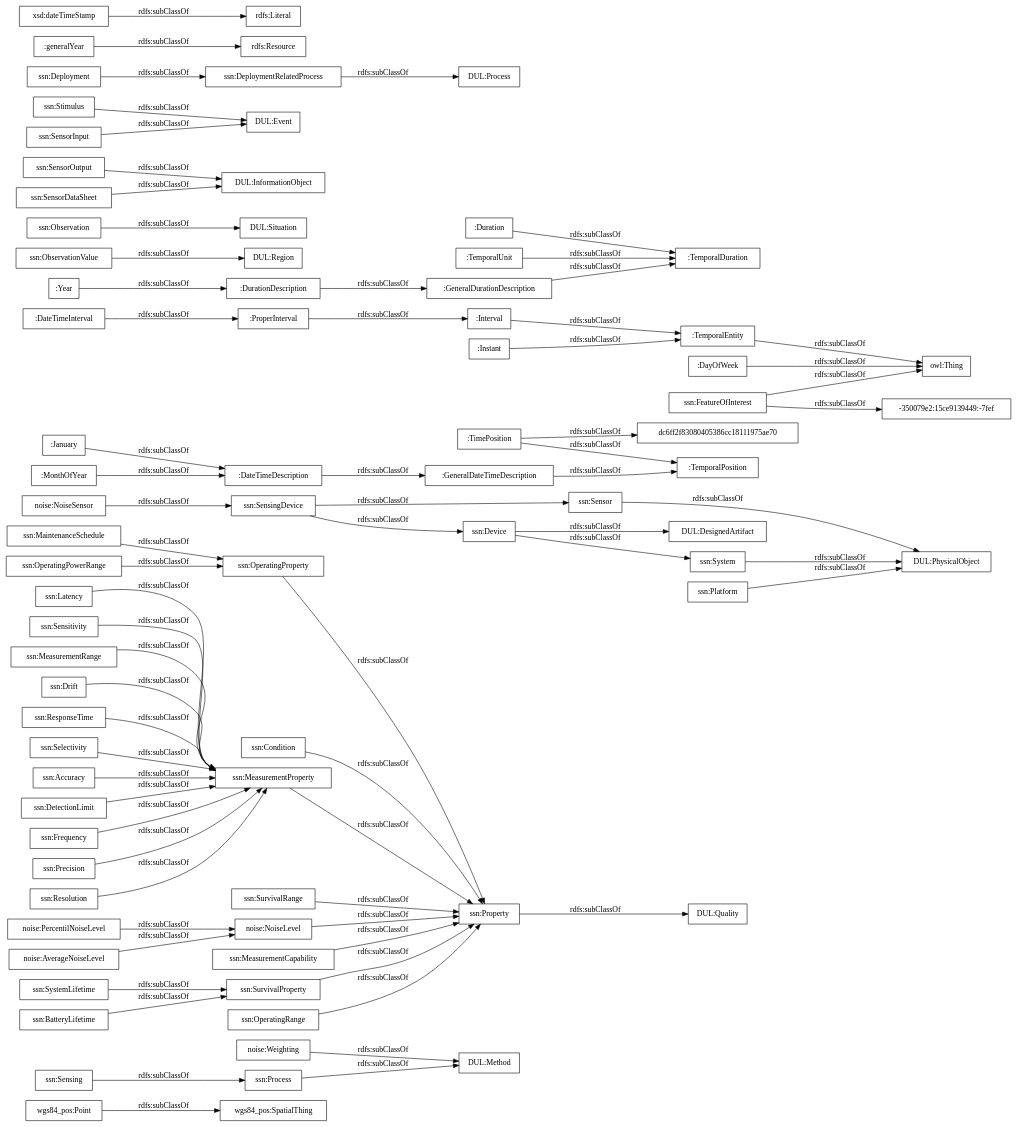
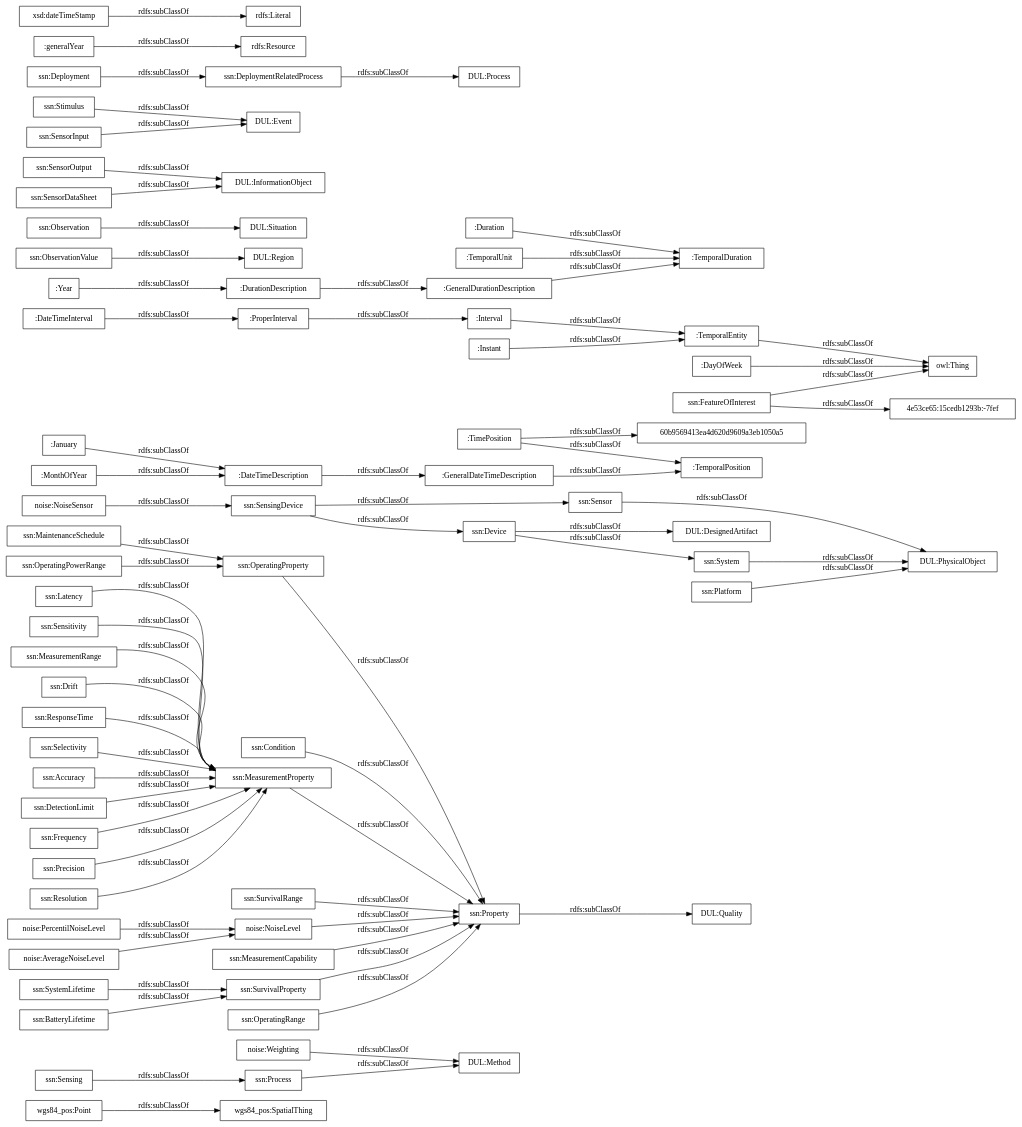
One commit to paoespinozarias/ContaminacionAcustica-Ontology changed the diagram in OnToology/contaminacion-acustica.owl/diagrams/ar2dtool-taxonomy/contaminacion-acustica.owl.png.dot. Above: the diagram before and after it, drawn with Graphviz. The commit also changed 4 other files, not shown here.

```diff
--- a/OnToology/contaminacion-acustica.owl/diagrams/ar2dtool-taxonomy/contaminacion-acustica.owl.png.dot
+++ b/OnToology/contaminacion-acustica.owl/diagrams/ar2dtool-taxonomy/contaminacion-acustica.owl.png.dot
@@ -1,73 +1,73 @@
 digraph ar2dtool_diagram { 
 rankdir=LR;
 size="1000"
-node [shape = rectangle, color="black"]; "wgs84_pos:SpatialThing" "wgs84_pos:Point" "noise:Weighting" "noise:PercentilNoiseLevel" "noise:NoiseSensor" "noise:NoiseLevel" "noise:AverageNoiseLevel" ":GeneralDateTimeDescription" ":DateTimeInterval" ":DurationDescription" ":TemporalDuration" ":Duration" ":GeneralDurationDescription" ":January" ":ProperInterval" ":TimePosition" ":TemporalPosition" ":Interval" "dc6ff2f83080405386cc18111975ae70" ":TemporalEntity" ":Year" ":MonthOfYear" ":DateTimeDescription" ":TemporalUnit" ":Instant" ":DayOfWeek" "ssn:Accuracy" "ssn:DetectionLimit" "ssn:Frequency" "ssn:Condition" "DUL:Region" "DUL:Situation" "DUL:PhysicalObject" "ssn:SensorOutput" "ssn:Precision" "ssn:Resolution" "DUL:Quality" "ssn:FeatureOfInterest" "ssn:Sensor" "DUL:InformationObject" "ssn:OperatingProperty" "DUL:Event" "ssn:OperatingPowerRange" "DUL:Method" "ssn:MaintenanceSchedule" "ssn:Sensing" "ssn:Latency" "ssn:SurvivalRange" "ssn:SensingDevice" "DUL:DesignedArtifact" "ssn:Sensitivity" "ssn:Stimulus" "DUL:Process" "ssn:MeasurementRange" "ssn:System" "ssn:SystemLifetime" "ssn:Property" "ssn:MeasurementProperty" "ssn:Process" "ssn:Deployment" "ssn:MeasurementCapability" "ssn:BatteryLifetime" "ssn:Drift" "ssn:DeploymentRelatedProcess" "ssn:SensorInput" "ssn:ResponseTime" "ssn:ObservationValue" "ssn:SensorDataSheet" "ssn:Observation" "ssn:Selectivity" "ssn:SurvivalProperty" "ssn:Device" "ssn:OperatingRange" "-350079e2:15ce9139449:-7fef" "ssn:Platform" ; /*classes style*/
+node [shape = rectangle, color="black"]; "wgs84_pos:SpatialThing" "wgs84_pos:Point" "noise:Weighting" "noise:PercentilNoiseLevel" "noise:NoiseSensor" "noise:NoiseLevel" "noise:AverageNoiseLevel" ":GeneralDateTimeDescription" ":DateTimeInterval" ":DurationDescription" ":TemporalDuration" ":Duration" ":GeneralDurationDescription" ":January" ":ProperInterval" "60b9569413ea4d620d9609a3eb1050a5" ":TimePosition" ":TemporalPosition" ":Interval" ":TemporalEntity" ":Year" ":MonthOfYear" ":DateTimeDescription" ":TemporalUnit" ":Instant" ":DayOfWeek" "ssn:Accuracy" "ssn:DetectionLimit" "ssn:Frequency" "ssn:Condition" "DUL:Region" "DUL:Situation" "DUL:PhysicalObject" "ssn:SensorOutput" "ssn:Precision" "ssn:Resolution" "DUL:Quality" "ssn:FeatureOfInterest" "ssn:Sensor" "DUL:InformationObject" "ssn:OperatingProperty" "DUL:Event" "ssn:OperatingPowerRange" "DUL:Method" "ssn:MaintenanceSchedule" "ssn:Sensing" "ssn:Latency" "ssn:SurvivalRange" "ssn:SensingDevice" "DUL:DesignedArtifact" "ssn:Sensitivity" "ssn:Stimulus" "DUL:Process" "ssn:MeasurementRange" "ssn:System" "ssn:SystemLifetime" "ssn:Property" "ssn:MeasurementProperty" "ssn:Process" "ssn:Deployment" "ssn:MeasurementCapability" "ssn:BatteryLifetime" "ssn:Drift" "ssn:DeploymentRelatedProcess" "ssn:SensorInput" "ssn:ResponseTime" "ssn:ObservationValue" "ssn:SensorDataSheet" "ssn:Observation" "ssn:Selectivity" "ssn:SurvivalProperty" "ssn:Device" "ssn:OperatingRange" "4e53ce65:15cedb1293b:-7fef" "ssn:Platform" ; /*classes style*/
 	":DateTimeDescription" -> ":GeneralDateTimeDescription" [ label = "rdfs:subClassOf" ];
 	"noise:AverageNoiseLevel" -> "noise:NoiseLevel" [ label = "rdfs:subClassOf" ];
 	"ssn:Deployment" -> "ssn:DeploymentRelatedProcess" [ label = "rdfs:subClassOf" ];
 	"ssn:SensingDevice" -> "ssn:Sensor" [ label = "rdfs:subClassOf" ];
 	"ssn:SensingDevice" -> "ssn:Device" [ label = "rdfs:subClassOf" ];
 	"ssn:DeploymentRelatedProcess" -> "DUL:Process" [ label = "rdfs:subClassOf" ];
 	"ssn:Accuracy" -> "ssn:MeasurementProperty" [ label = "rdfs:subClassOf" ];
 	":Instant" -> ":TemporalEntity" [ label = "rdfs:subClassOf" ];
 	"ssn:FeatureOfInterest" -> "owl:Thing" [ label = "rdfs:subClassOf" ];
-	"ssn:FeatureOfInterest" -> "-350079e2:15ce9139449:-7fef" [ label = "rdfs:subClassOf" ];
+	"ssn:FeatureOfInterest" -> "4e53ce65:15cedb1293b:-7fef" [ label = "rdfs:subClassOf" ];
 	"ssn:Latency" -> "ssn:MeasurementProperty" [ label = "rdfs:subClassOf" ];
 	"ssn:Process" -> "DUL:Method" [ label = "rdfs:subClassOf" ];
 	"noise:Weighting" -> "DUL:Method" [ label = "rdfs:subClassOf" ];
 	":ProperInterval" -> ":Interval" [ label = "rdfs:subClassOf" ];
 	"ssn:Property" -> "DUL:Quality" [ label = "rdfs:subClassOf" ];
 	"ssn:MeasurementProperty" -> "ssn:Property" [ label = "rdfs:subClassOf" ];
 	"wgs84_pos:Point" -> "wgs84_pos:SpatialThing" [ label = "rdfs:subClassOf" ];
 	":MonthOfYear" -> ":DateTimeDescription" [ label = "rdfs:subClassOf" ];
 	"ssn:ResponseTime" -> "ssn:MeasurementProperty" [ label = "rdfs:subClassOf" ];
 	"ssn:OperatingRange" -> "ssn:Property" [ label = "rdfs:subClassOf" ];
 	"noise:NoiseLevel" -> "ssn:Property" [ label = "rdfs:subClassOf" ];
 	"ssn:MeasurementRange" -> "ssn:MeasurementProperty" [ label = "rdfs:subClassOf" ];
 	"ssn:Stimulus" -> "DUL:Event" [ label = "rdfs:subClassOf" ];
 	":Duration" -> ":TemporalDuration" [ label = "rdfs:subClassOf" ];
 	"ssn:SurvivalProperty" -> "ssn:Property" [ label = "rdfs:subClassOf" ];
 	"ssn:MaintenanceSchedule" -> "ssn:OperatingProperty" [ label = "rdfs:subClassOf" ];
 	"ssn:SensorInput" -> "DUL:Event" [ label = "rdfs:subClassOf" ];
-	":TimePosition" -> "dc6ff2f83080405386cc18111975ae70" [ label = "rdfs:subClassOf" ];
+	":TimePosition" -> "60b9569413ea4d620d9609a3eb1050a5" [ label = "rdfs:subClassOf" ];
 	":TimePosition" -> ":TemporalPosition" [ label = "rdfs:subClassOf" ];
 	":TemporalEntity" -> "owl:Thing" [ label = "rdfs:subClassOf" ];
 	"ssn:Sensitivity" -> "ssn:MeasurementProperty" [ label = "rdfs:subClassOf" ];
 	"ssn:Drift" -> "ssn:MeasurementProperty" [ label = "rdfs:subClassOf" ];
 	"ssn:System" -> "DUL:PhysicalObject" [ label = "rdfs:subClassOf" ];
 	":GeneralDurationDescription" -> ":TemporalDuration" [ label = "rdfs:subClassOf" ];
 	"ssn:Resolution" -> "ssn:MeasurementProperty" [ label = "rdfs:subClassOf" ];
 	"ssn:Precision" -> "ssn:MeasurementProperty" [ label = "rdfs:subClassOf" ];
 	"noise:PercentilNoiseLevel" -> "noise:NoiseLevel" [ label = "rdfs:subClassOf" ];
 	"ssn:DetectionLimit" -> "ssn:MeasurementProperty" [ label = "rdfs:subClassOf" ];
 	":DateTimeInterval" -> ":ProperInterval" [ label = "rdfs:subClassOf" ];
 	"ssn:Sensor" -> "DUL:PhysicalObject" [ label = "rdfs:subClassOf" ];
 	"ssn:SensorDataSheet" -> "DUL:InformationObject" [ label = "rdfs:subClassOf" ];
 	"ssn:OperatingPowerRange" -> "ssn:OperatingProperty" [ label = "rdfs:subClassOf" ];
 	"noise:NoiseSensor" -> "ssn:SensingDevice" [ label = "rdfs:subClassOf" ];
 	":Interval" -> ":TemporalEntity" [ label = "rdfs:subClassOf" ];
 	":GeneralDateTimeDescription" -> ":TemporalPosition" [ label = "rdfs:subClassOf" ];
 	":January" -> ":DateTimeDescription" [ label = "rdfs:subClassOf" ];
 	"ssn:ObservationValue" -> "DUL:Region" [ label = "rdfs:subClassOf" ];
 	":DayOfWeek" -> "owl:Thing" [ label = "rdfs:subClassOf" ];
 	"ssn:Device" -> "DUL:DesignedArtifact" [ label = "rdfs:subClassOf" ];
 	"ssn:Device" -> "ssn:System" [ label = "rdfs:subClassOf" ];
 	"ssn:Platform" -> "DUL:PhysicalObject" [ label = "rdfs:subClassOf" ];
 	":Year" -> ":DurationDescription" [ label = "rdfs:subClassOf" ];
 	":DurationDescription" -> ":GeneralDurationDescription" [ label = "rdfs:subClassOf" ];
 	"ssn:OperatingProperty" -> "ssn:Property" [ label = "rdfs:subClassOf" ];
 	":generalYear" -> "rdfs:Resource" [ label = "rdfs:subClassOf" ];
 	"ssn:Selectivity" -> "ssn:MeasurementProperty" [ label = "rdfs:subClassOf" ];
 	"ssn:BatteryLifetime" -> "ssn:SurvivalProperty" [ label = "rdfs:subClassOf" ];
 	":TemporalUnit" -> ":TemporalDuration" [ label = "rdfs:subClassOf" ];
 	"ssn:Observation" -> "DUL:Situation" [ label = "rdfs:subClassOf" ];
 	"ssn:Sensing" -> "ssn:Process" [ label = "rdfs:subClassOf" ];
 	"ssn:SystemLifetime" -> "ssn:SurvivalProperty" [ label = "rdfs:subClassOf" ];
 	"ssn:SurvivalRange" -> "ssn:Property" [ label = "rdfs:subClassOf" ];
 	"ssn:Frequency" -> "ssn:MeasurementProperty" [ label = "rdfs:subClassOf" ];
 	"ssn:SensorOutput" -> "DUL:InformationObject" [ label = "rdfs:subClassOf" ];
 	"ssn:Condition" -> "ssn:Property" [ label = "rdfs:subClassOf" ];
 	"xsd:dateTimeStamp" -> "rdfs:Literal" [ label = "rdfs:subClassOf" ];
 	"ssn:MeasurementCapability" -> "ssn:Property" [ label = "rdfs:subClassOf" ];
 
 }
```
